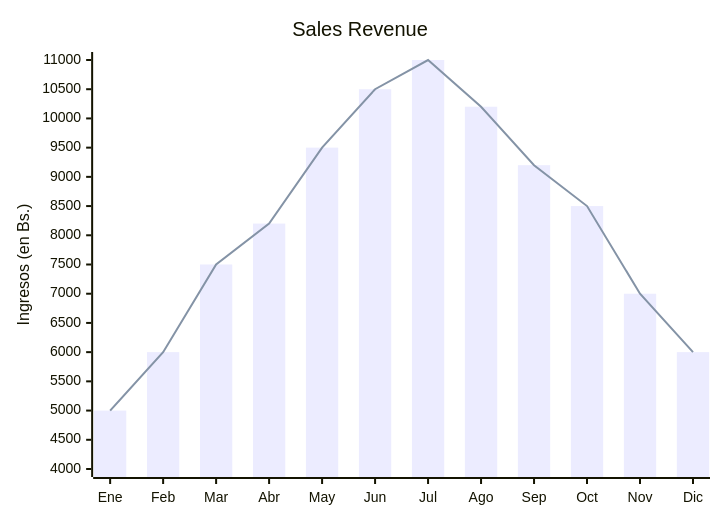
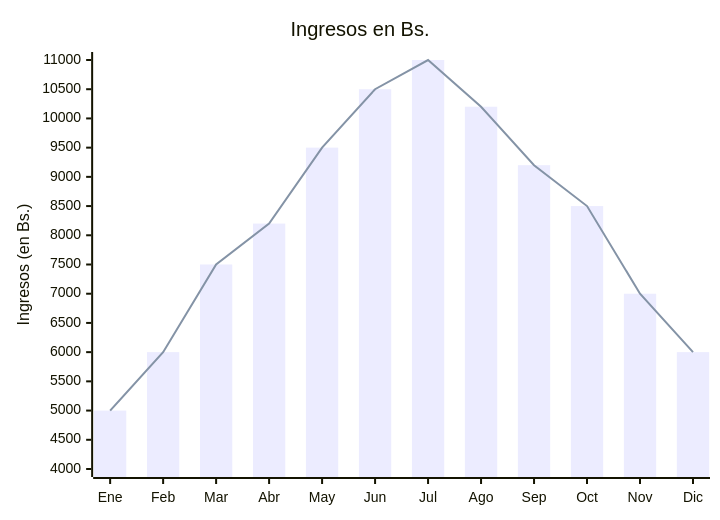
One commit to Condominio-Santa-Maria/.github changed the diagram in profile/README.md. Above: the diagram before and after it, drawn with Mermaid.

````diff
--- a/profile/README.md
+++ b/profile/README.md
@@ -17,9 +17,9 @@
 ```mermaid
 xychart-beta
-    title "Sales Revenue"
+    title "Ingresos en Bs."
     x-axis [Ene, Feb, Mar, Abr, May, Jun, Jul, Ago, Sep, Oct, Nov, Dic]
     y-axis "Ingresos (en Bs.)" 4000 --> 11000
     bar [5000, 6000, 7500, 8200, 9500, 10500, 11000, 10200, 9200, 8500, 7000, 6000]
     line [5000, 6000, 7500, 8200, 9500, 10500, 11000, 10200, 9200, 8500, 7000, 6000]
 
 ```
````
